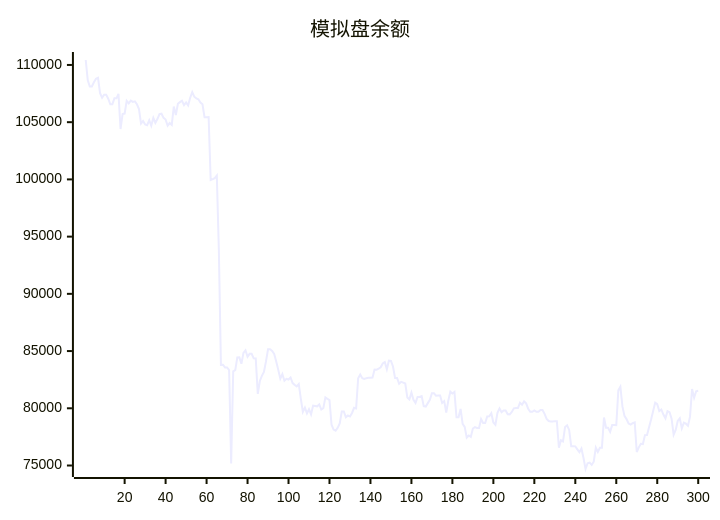
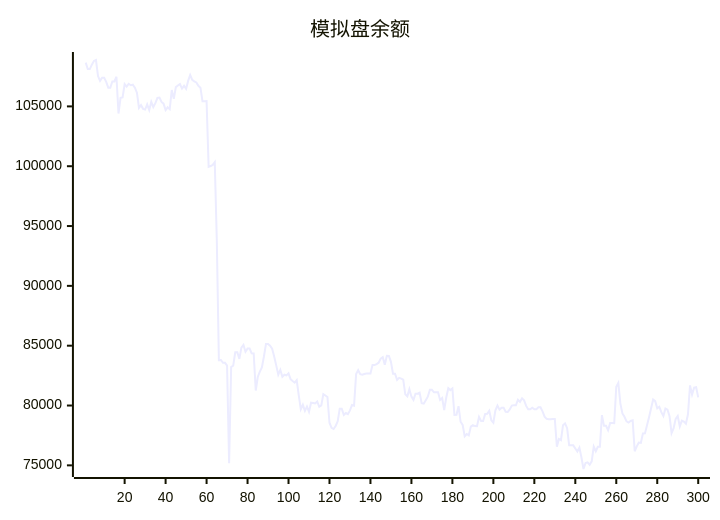
Before and after one commit to aahl/ai-trading: the diagram in README.md, drawn with Mermaid. The commit also changed other lines of this file and 1 other file, not shown here.

````diff
--- a/README.md
+++ b/README.md
@@ -5,5 +5,5 @@
 ```mermaid
 xychart
     title "模拟盘余额"
-    line [110433,108661,108116,108115,108485,108797,108877,107536,107134,107393,107393,107046,106565,106565,107081,107081,107478,104404,105715,105749,106866,106651,106889,106771,106816,106565,106141,104876,105103,104796,104734,105169,104690,105380,104941,105272,105709,105739,105374,105227,104691,104924,104762,106364,105628,106608,106748,106872,106485,106721,106468,107132,107620,107224,107080,107001,106717,106567,105431,105431,105440,99950,100017,100113,100337,93749,83795,83807,83567,83567,83342,75168,83222,83336,84448,84449,83896,84839,85065,84499,84757,84757,84364,84347,81254,82385,82835,83184,84099,85150,85150,85002,84751,84096,83356,82582,82983,82404,82572,82512,82688,82200,82047,81920,82125,80840,79688,80060,79552,79920,79470,80236,80208,80170,80336,79894,80006,80954,80837,80712,78561,78139,78037,78293,78682,79720,79720,79214,79372,79279,79591,80046,79993,82625,82950,82626,82571,82633,82670,82670,82681,83386,83378,83464,83579,83920,84037,83402,84160,84142,83652,82655,82655,82145,82315,82243,82163,80934,80770,81371,80742,80468,80989,80989,81067,80191,80155,80450,80737,81309,81309,81106,81119,81119,80471,80631,79624,80670,81448,81290,81429,79212,79222,79940,78643,78380,77432,77623,77504,78235,78358,78284,78277,79048,78714,78714,79290,79308,79567,78763,78563,79603,79988,79652,79813,79813,79476,79469,79673,79995,80015,80015,80486,80314,80600,80436,79966,79689,79689,79819,79692,79692,79850,79850,79518,79071,78889,78850,78850,78878,78878,76554,77202,77103,78357,78510,78106,76678,76677,76672,76411,76159,76485,75656,74695,75197,75246,75052,75334,76564,76179,76553,76551,79196,78300,78300,77944,78531,78531,78521,81564,81884,80160,79335,79055,78675,78580,78708,78764,76179,76586,76902,76876,77658,77669,78346,79023,79769,80497,80366,79761,79896,79448,79126,79749,79658,79097,77695,78114,78888,79126,78249,78738,78653,78478,79271,81680,80923,81488,81527]
+    line [108661,108116,108115,108485,108797,108877,107536,107134,107393,107393,107046,106565,106565,107081,107081,107478,104404,105715,105749,106866,106651,106889,106771,106816,106565,106141,104876,105103,104796,104734,105169,104690,105380,104941,105272,105709,105739,105374,105227,104691,104924,104762,106364,105628,106608,106748,106872,106485,106721,106468,107132,107620,107224,107080,107001,106717,106567,105431,105431,105440,99950,100017,100113,100337,93749,83795,83807,83567,83567,83342,75168,83222,83336,84448,84449,83896,84839,85065,84499,84757,84757,84364,84347,81254,82385,82835,83184,84099,85150,85150,85002,84751,84096,83356,82582,82983,82404,82572,82512,82688,82200,82047,81920,82125,80840,79688,80060,79552,79920,79470,80236,80208,80170,80336,79894,80006,80954,80837,80712,78561,78139,78037,78293,78682,79720,79720,79214,79372,79279,79591,80046,79993,82625,82950,82626,82571,82633,82670,82670,82681,83386,83378,83464,83579,83920,84037,83402,84160,84142,83652,82655,82655,82145,82315,82243,82163,80934,80770,81371,80742,80468,80989,80989,81067,80191,80155,80450,80737,81309,81309,81106,81119,81119,80471,80631,79624,80670,81448,81290,81429,79212,79222,79940,78643,78380,77432,77623,77504,78235,78358,78284,78277,79048,78714,78714,79290,79308,79567,78763,78563,79603,79988,79652,79813,79813,79476,79469,79673,79995,80015,80015,80486,80314,80600,80436,79966,79689,79689,79819,79692,79692,79850,79850,79518,79071,78889,78850,78850,78878,78878,76554,77202,77103,78357,78510,78106,76678,76677,76672,76411,76159,76485,75656,74695,75197,75246,75052,75334,76564,76179,76553,76551,79196,78300,78300,77944,78531,78531,78521,81564,81884,80160,79335,79055,78675,78580,78708,78764,76179,76586,76902,76876,77658,77669,78346,79023,79769,80497,80366,79761,79896,79448,79126,79749,79658,79097,77695,78114,78888,79126,78249,78738,78653,78478,79271,81680,80923,81488,81527,80681]
 ```
````
